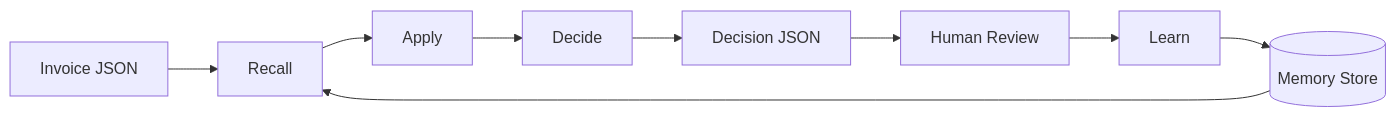
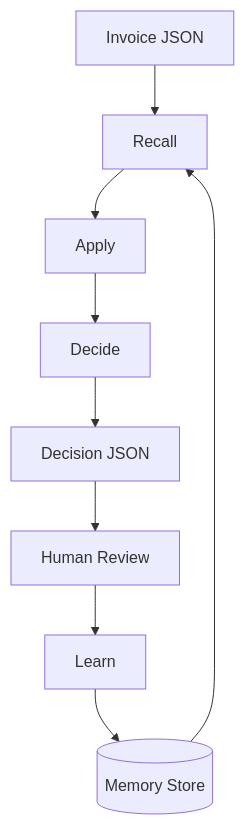
The diagram in README.md (ladsad/Invoice-Memory-System), drawn with Mermaid before and after one commit.

Commit message:
Change architecture diagram to vertical layout

````diff
--- a/README.md
+++ b/README.md
@@ -23,11 +23,11 @@
 ```mermaid
-graph LR
+graph TD
     Input[Invoice JSON] --> Recall
     Recall --> Apply
     Apply --> Decide
     Decide --> Output[Decision JSON]
     Output --> Human[Human Review]
     Human --> Learn
     Learn --> Memory[(Memory Store)]
     Memory --> Recall
 ```
````
